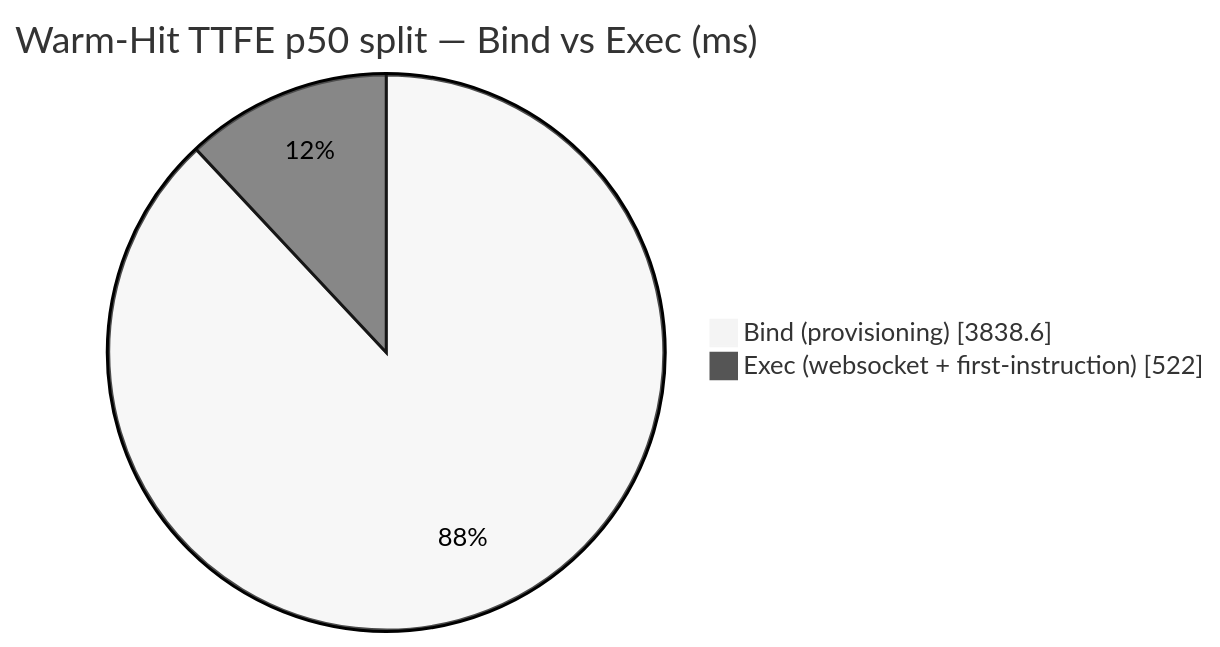
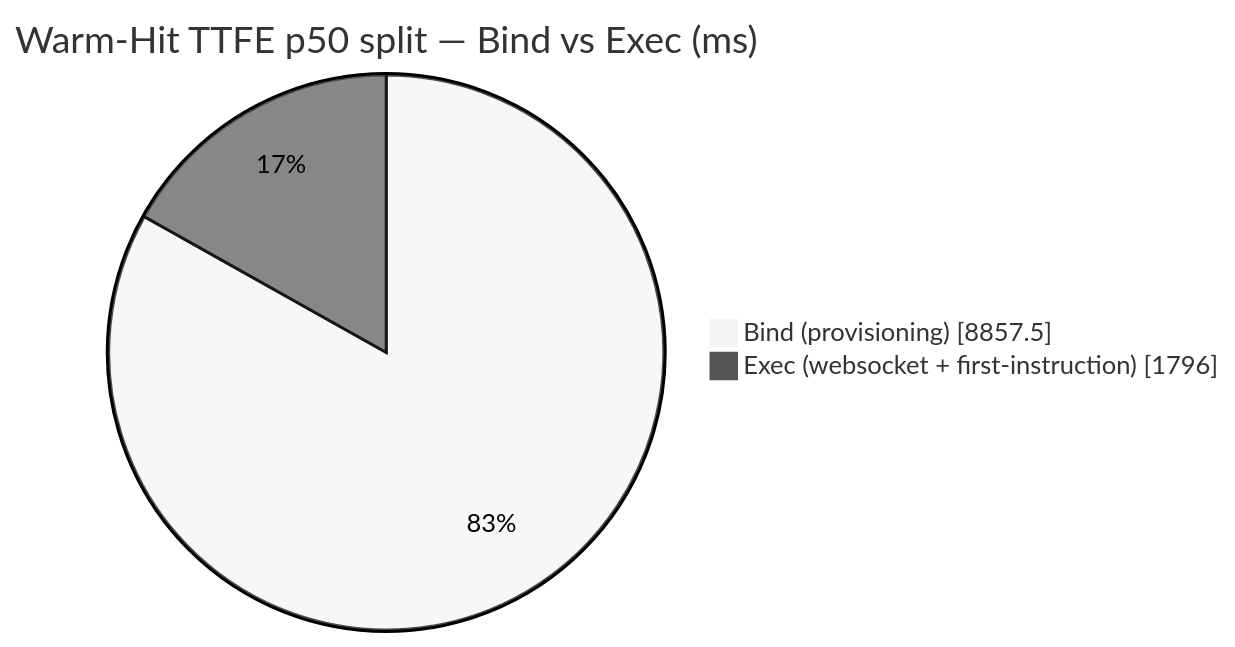
One commit to AlexBulankou/honest-bench changed the diagram in DETAILS.md. Above: the diagram before and after it, drawn with Mermaid (neutral theme). The commit also changed other lines of this file and 4 other files, not shown here.

````diff
--- a/DETAILS.md
+++ b/DETAILS.md
@@ -102,6 +103,6 @@
 ```mermaid
 pie showData
     title Warm-Hit TTFE p50 split — Bind vs Exec (ms)
-    "Bind (provisioning)" : 3838.6
-    "Exec (websocket + first-instruction)" : 522.0
+    "Bind (provisioning)" : 8857.5
+    "Exec (websocket + first-instruction)" : 1796.0
 ```
````
